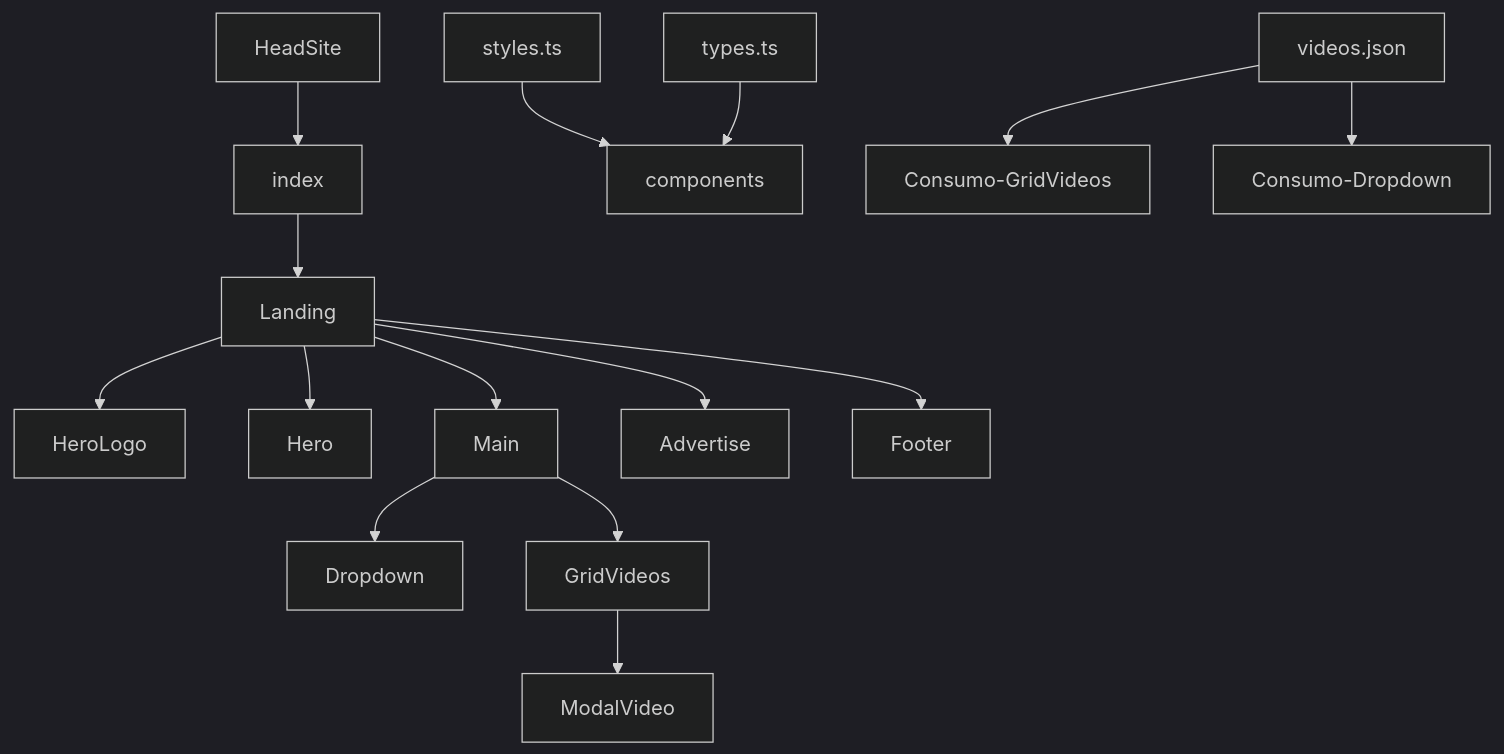
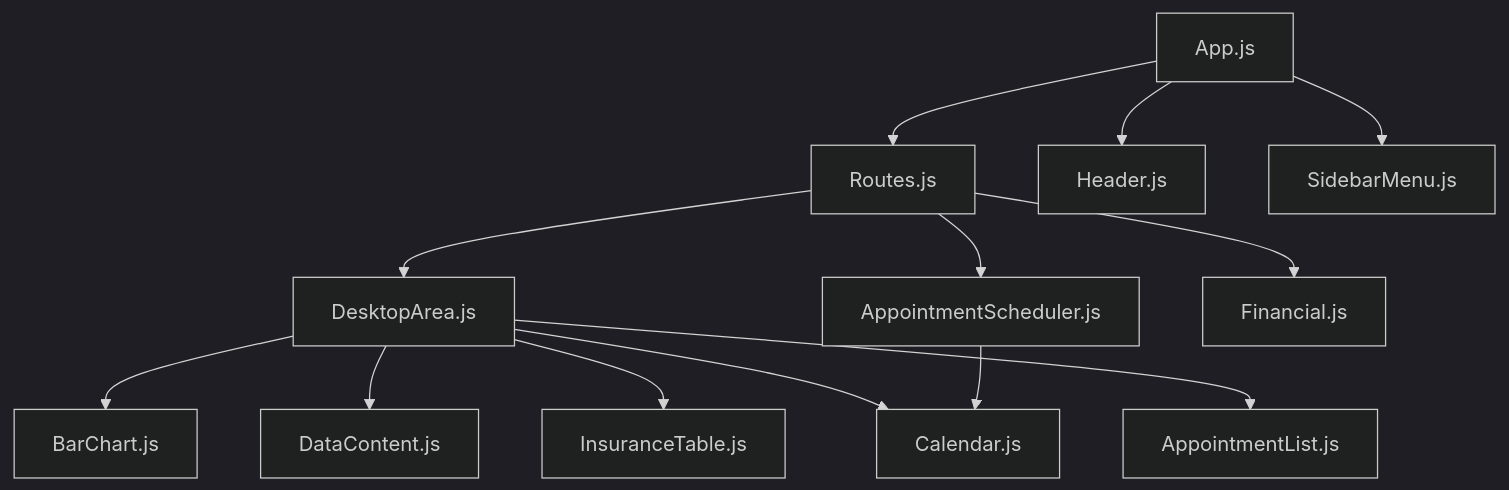
One commit to Ftarganski/medical-office changed the first of 2 diagrams in README.md. Above: the diagram before and after it, drawn with Mermaid. The commit also changed other lines of this file, not shown here.

````diff
--- a/README.md
+++ b/README.md
@@ -40,18 +40,16 @@
 ```mermaid
 %%{init: { 'theme': 'dark' } }%%
 flowchart TD;
-    HeadSite-->index;
-    index-->Landing;
-    Landing-->HeroLogo;
-    Landing-->Hero;
-    Landing-->Main;
-    Landing-->Advertise;
-    Landing-->Footer;
-    Main-->Dropdown;
-    Main-->GridVideos;
-    GridVideos-->ModalVideo;
-    styles.ts-->components;
-    types.ts-->components;
-    videos.json-->Consumo-GridVideos;
-    videos.json-->Consumo-Dropdown;
+    App.js-->Routes.js;
+    App.js-->Header.js;
+    App.js-->SidebarMenu.js;
+    Routes.js-->DesktopArea.js;
+    Routes.js-->AppointmentScheduler.js;
+    Routes.js-->Financial.js;
+    DesktopArea.js-->BarChart.js;
+    DesktopArea.js-->DataContent.js;
+    DesktopArea.js-->InsuranceTable.js;
+    DesktopArea.js-->Calendar.js;
+    DesktopArea.js-->AppointmentList.js;
+    AppointmentScheduler.js-->Calendar.js
 ```
````
